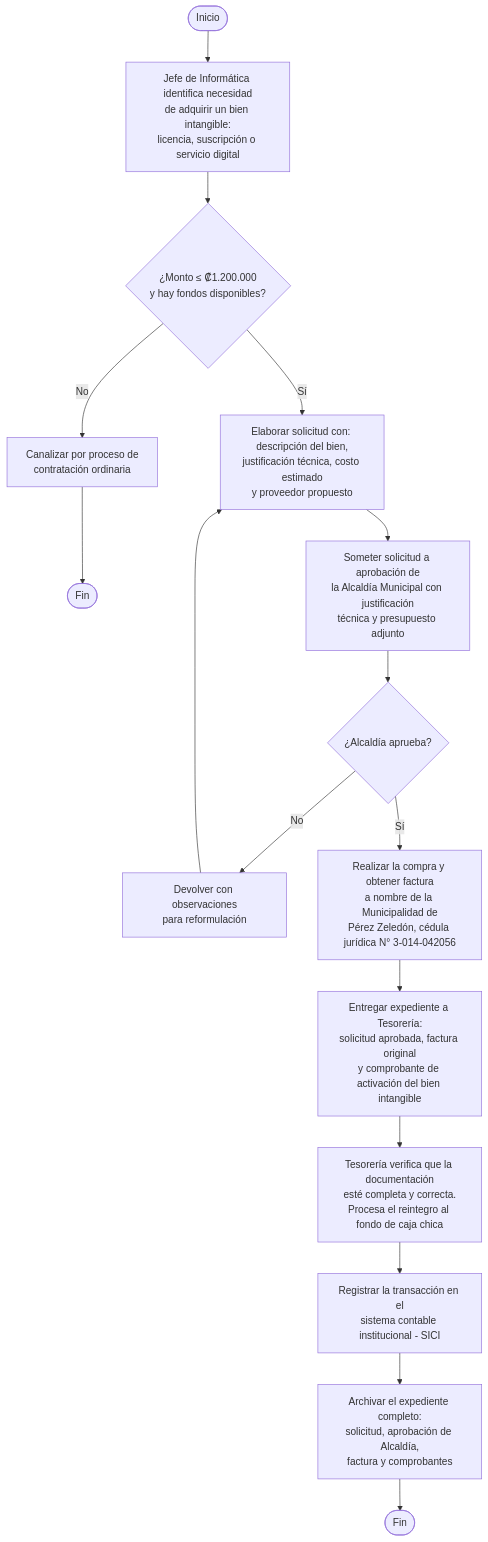
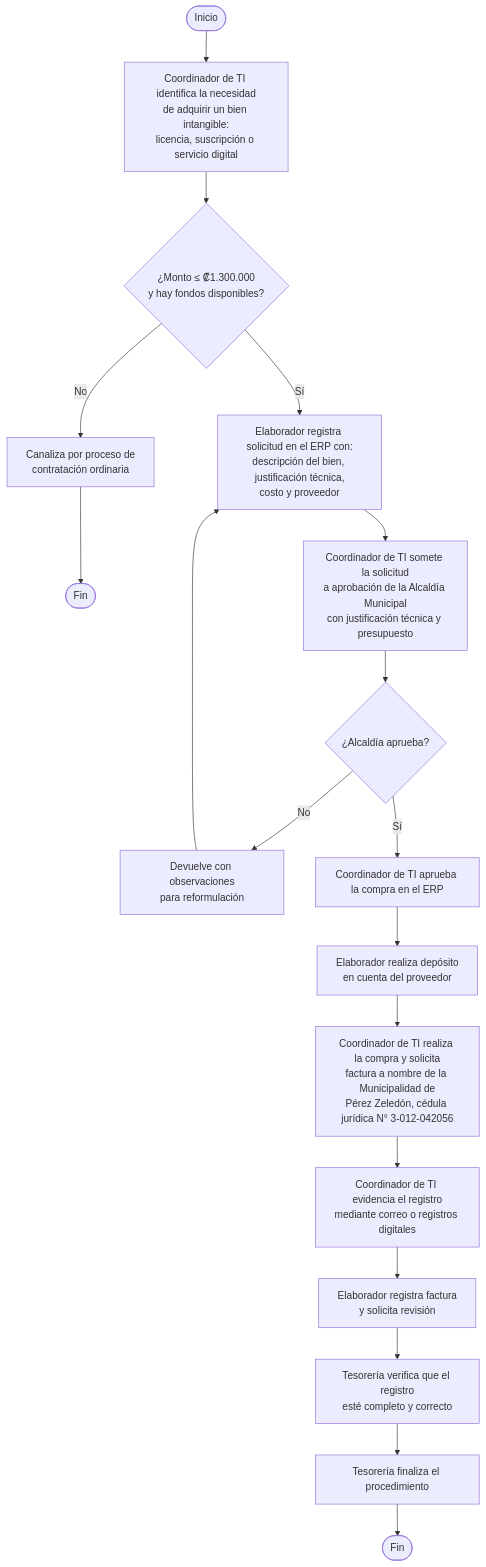
One commit to InformaticaMPZ/EsquemaDeProcedimientosMPZ changed the diagram in compra_de_bienes_intangibles_mediante_caja_chica.md. Above: the diagram before and after it, drawn with Mermaid. The commit also changed 13 other files, not shown here.

Commit message:
fix: diagrams

````diff
--- a/compra_de_bienes_intangibles_mediante_caja_chica.md
+++ b/compra_de_bienes_intangibles_mediante_caja_chica.md
@@ -1,30 +1,34 @@
 ```mermaid
 flowchart TD
-    A([Inicio]) --> B[Jefe de Informática identifica necesidad<br/>de adquirir un bien intangible:<br/>licencia, suscripción o servicio digital]
+    A([Inicio]) --> B[Coordinador de TI identifica la necesidad<br/>de adquirir un bien intangible:<br/>licencia, suscripción o servicio digital]
 
-    B --> C{¿Monto ≤ ₡1.200.000<br/>y hay fondos disponibles?}
+    B --> C{¿Monto ≤ ₡1.300.000<br/>y hay fondos disponibles?}
 
-    C -- No --> D[Canalizar por proceso de<br/>contratación ordinaria]
+    C -- No --> D[Canaliza por proceso de<br/>contratación ordinaria]
     D --> FIN1([Fin])
 
-    C -- Sí --> E[Elaborar solicitud con: descripción del bien,<br/>justificación técnica, costo estimado<br/>y proveedor propuesto]
+    C -- Sí --> E[Elaborador registra solicitud en el ERP con:<br/>descripción del bien, justificación técnica,<br/>costo y proveedor]
 
-    E --> F[Someter solicitud a aprobación de<br/>la Alcaldía Municipal con justificación<br/>técnica y presupuesto adjunto]
+    E --> F[Coordinador de TI somete la solicitud<br/>a aprobación de la Alcaldía Municipal<br/>con justificación técnica y presupuesto]
 
     F --> G{¿Alcaldía aprueba?}
 
-    G -- No --> H[Devolver con observaciones<br/>para reformulación]
+    G -- No --> H[Devuelve con observaciones<br/>para reformulación]
     H --> E
 
-    G -- Sí --> I[Realizar la compra y obtener factura<br/>a nombre de la Municipalidad de<br/>Pérez Zeledón, cédula jurídica N° 3-014-042056]
+    G -- Sí --> I[Coordinador de TI aprueba la compra en el ERP]
 
-    I --> J[Entregar expediente a Tesorería:<br/>solicitud aprobada, factura original<br/>y comprobante de activación del bien intangible]
+    I --> J[Elaborador realiza depósito<br/>en cuenta del proveedor]
 
-    J --> K[Tesorería verifica que la documentación<br/>esté completa y correcta.<br/>Procesa el reintegro al fondo de caja chica]
+    J --> K[Coordinador de TI realiza la compra y solicita<br/>factura a nombre de la Municipalidad de<br/>Pérez Zeledón, cédula jurídica N° 3-012-042056]
 
-    K --> L[Registrar la transacción en el<br/>sistema contable institucional - SICI]
+    K --> L[Coordinador de TI evidencia el registro<br/>mediante correo o registros digitales]
 
-    L --> M[Archivar el expediente completo:<br/>solicitud, aprobación de Alcaldía,<br/>factura y comprobantes]
+    L --> M[Elaborador registra factura<br/>y solicita revisión]
 
-    M --> FIN2([Fin])
+    M --> N[Tesorería verifica que el registro<br/>esté completo y correcto]
+
+    N --> O[Tesorería finaliza el procedimiento]
+
+    O --> FIN2([Fin])
 ```
````
